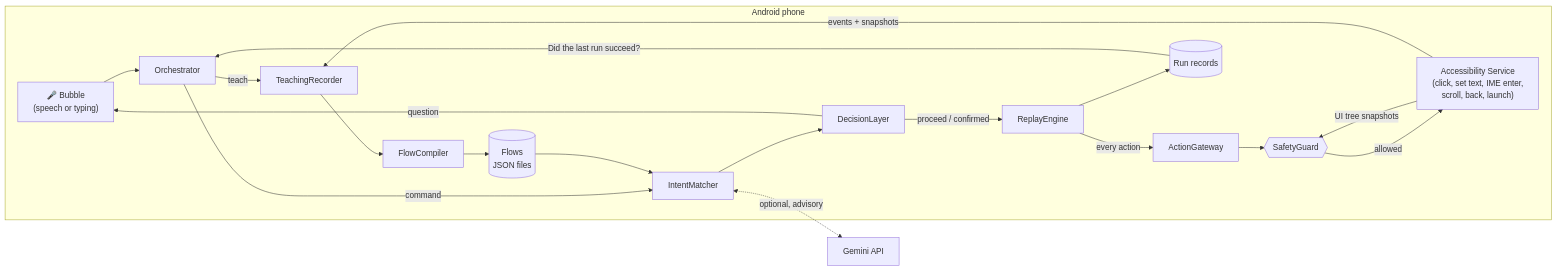
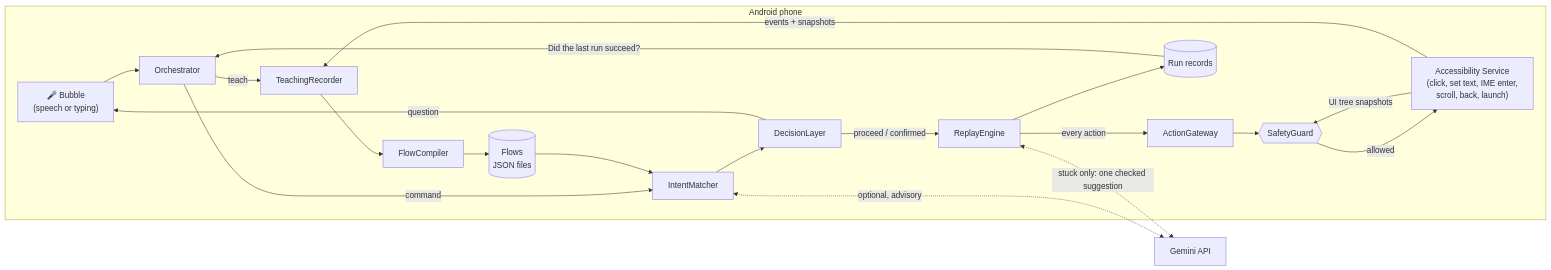
The first of 6 diagrams in docs/ARCHITECTURE.md (harsha31bs07-blip/echoflow-android), drawn with Mermaid before and after one commit. The commit also changed other lines of this file and 5 other files, not shown here.

````diff
--- a/docs/ARCHITECTURE.md
+++ b/docs/ARCHITECTURE.md
@@ -25,22 +25,23 @@
 ```mermaid
 flowchart LR
   subgraph Phone["Android phone"]
     MIC["🎤 Bubble<br/>(speech or typing)"] --> ORC["Orchestrator"]
     ORC -->|"teach"| REC["TeachingRecorder"]
     REC --> FC["FlowCompiler"]
     FC --> STORE[("Flows<br/>JSON files")]
     ORC -->|"command"| IM["IntentMatcher"]
     STORE --> IM
     IM --> DL["DecisionLayer"]
     DL -->|"proceed / confirmed"| RE["ReplayEngine"]
     DL -->|"question"| MIC
     RE -->|"every action"| GW["ActionGateway"]
     GW --> SG{{"SafetyGuard"}}
     SG -->|"allowed"| AX["Accessibility Service<br/>(click, set text, IME enter,<br/>scroll, back, launch)"]
     AX -->|"UI tree snapshots"| SG
     AX -->|"events + snapshots"| REC
     RE --> RUNS[("Run records")]
     RUNS -->|"Did the last run succeed?"| ORC
   end
   IM <-.->|"optional, advisory"| LLM["Gemini API"]
+  RE <-.->|"stuck only: one checked suggestion"| LLM
 ```
````
